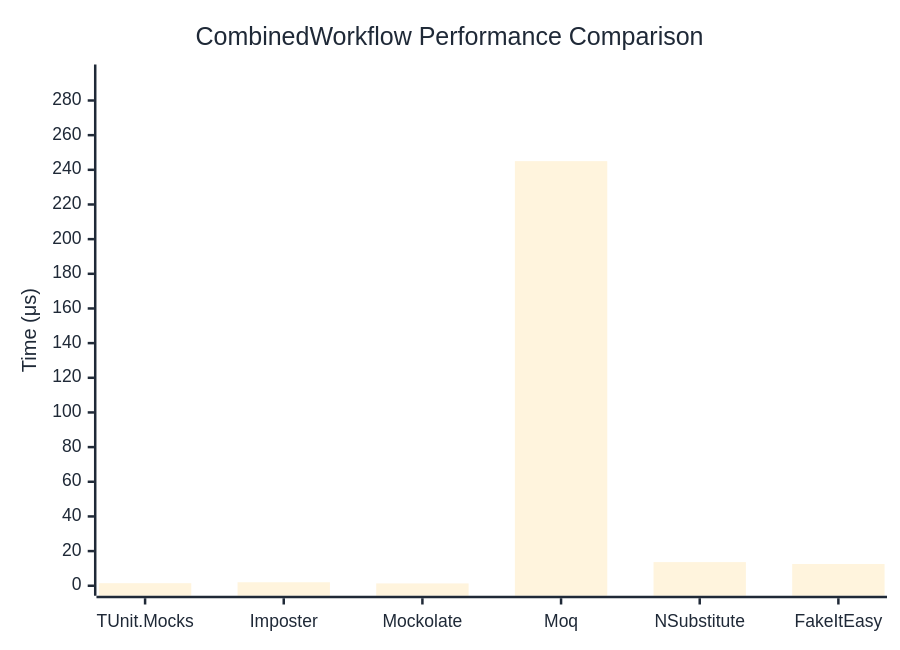
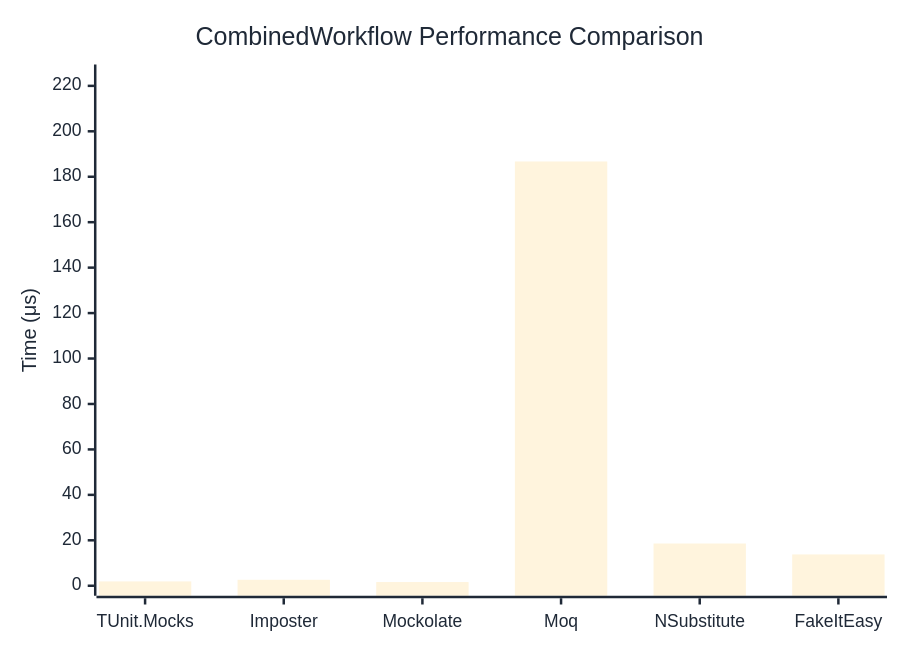
One commit to thomhurst/TUnit changed the diagram in docs/docs/benchmarks/mocks/CombinedWorkflow.md. Above: the diagram before and after it, drawn with Mermaid. The commit also changed other lines of this file and 14 other files, not shown here.

````diff
--- a/docs/docs/benchmarks/mocks/CombinedWorkflow.md
+++ b/docs/docs/benchmarks/mocks/CombinedWorkflow.md
@@ -30,27 +30,27 @@
 ```mermaid
 %%{init: {
   'theme':'base',
   'themeVariables': {
     'primaryColor': '#2563eb',
     'primaryTextColor': '#1f2937',
     'primaryBorderColor': '#1e40af',
     'lineColor': '#6b7280',
     'secondaryColor': '#7c3aed',
     'tertiaryColor': '#dc2626',
     'background': '#ffffff',
     'pie1': '#2563eb',
     'pie2': '#7c3aed',
     'pie3': '#dc2626',
     'pie4': '#f59e0b',
     'pie5': '#10b981',
     'pie6': '#06b6d4',
     'pie7': '#ec4899',
     'pie8': '#6366f1'
   }
 }}%%
 xychart-beta
   title "CombinedWorkflow Performance Comparison"
   x-axis ["TUnit.Mocks", "Imposter", "Mockolate", "Moq", "NSubstitute", "FakeItEasy"]
-  y-axis "Time (μs)" 0 --> 295
-  bar [1.47, 2.018, 1.346, 245.014, 13.637, 12.532]
+  y-axis "Time (μs)" 0 --> 225
+  bar [1.911, 2.623, 1.628, 186.717, 18.592, 13.788]
 ```
````
